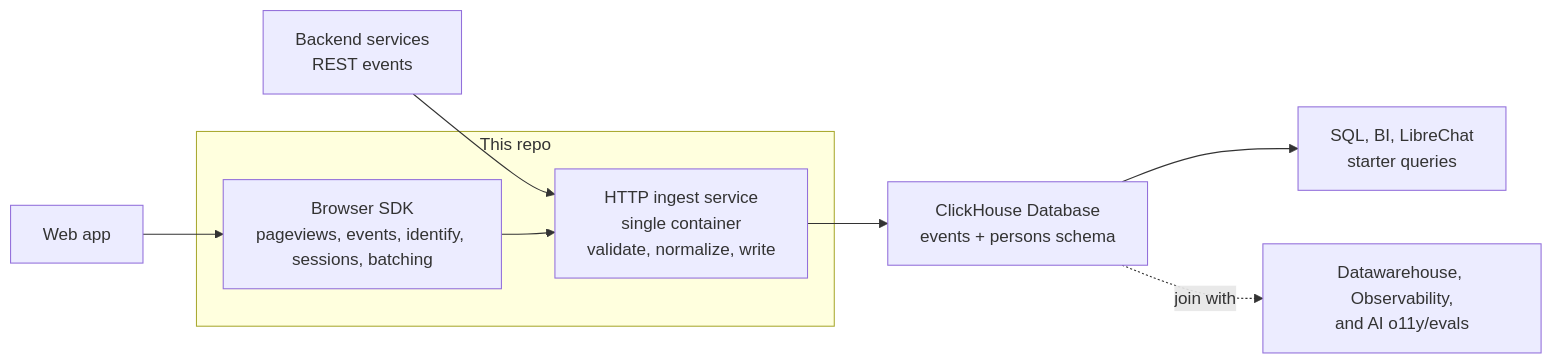
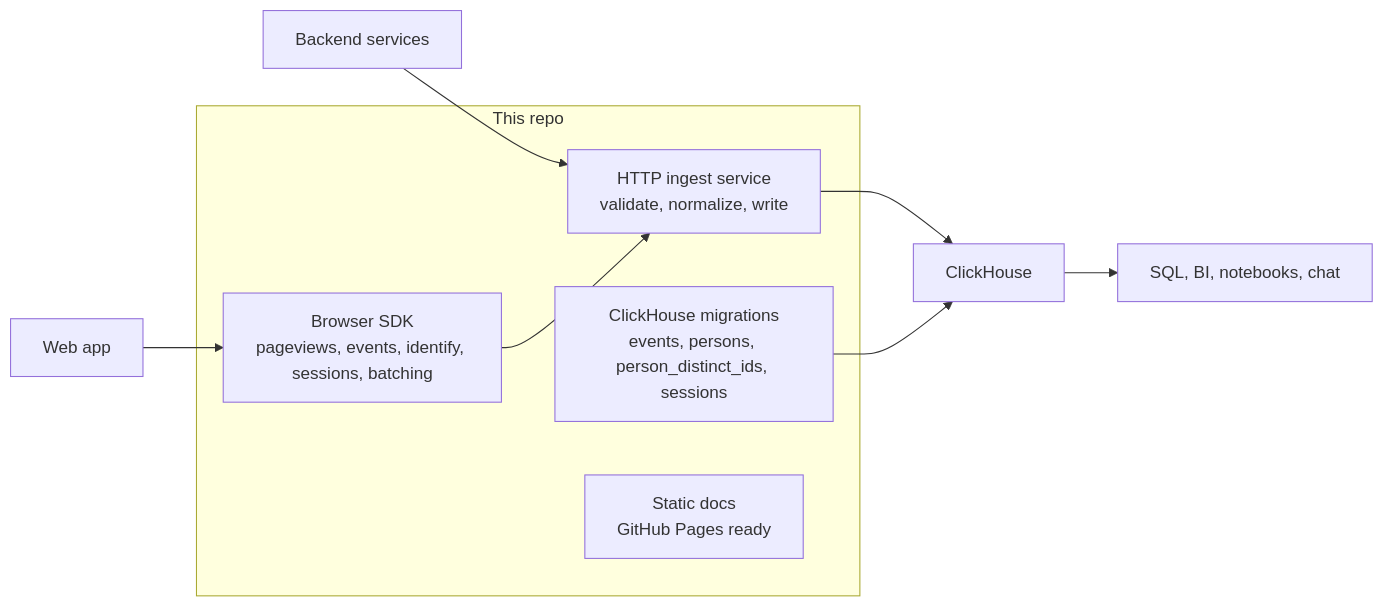
Before and after one commit to marcklingen/clickhouse-product-analytics: the diagram in README.md, drawn with Mermaid. The commit also changed other lines of this file and 150 other files, not shown here.

````diff
--- a/README.md
+++ b/README.md
@@ -26,14 +187,16 @@
 ```mermaid
 flowchart LR
     subgraph repo["This repo"]
         sdk["Browser SDK<br/>pageviews, events, identify, sessions, batching"]
-        ingest["HTTP ingest service<br/>single container<br/>validate, normalize, write"]
+        ingest["HTTP ingest service<br/>validate, normalize, write"]
+        migrations["ClickHouse migrations<br/>events, persons, person_distinct_ids, sessions"]
+        docs["Static docs<br/>GitHub Pages ready"]
     end
 
     app["Web app"] --> sdk
-    backend["Backend services<br/>REST events"] --> ingest
+    backend["Backend services"] --> ingest
     sdk --> ingest
-    ingest --> ch["ClickHouse Database<br/>events + persons schema"]
-    ch --> tools["SQL, BI, LibreChat<br/>starter queries"]
-    ch -. join with .-> data["Datawarehouse, Observability,<br/>and AI o11y/evals"]
+    ingest --> ch["ClickHouse"]
+    migrations --> ch
+    ch --> tools["SQL, BI, notebooks, chat"]
 ```
````
